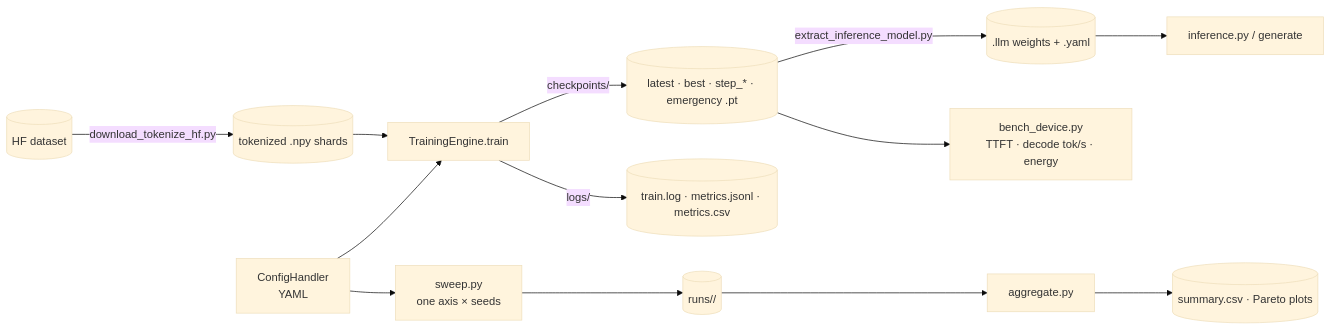
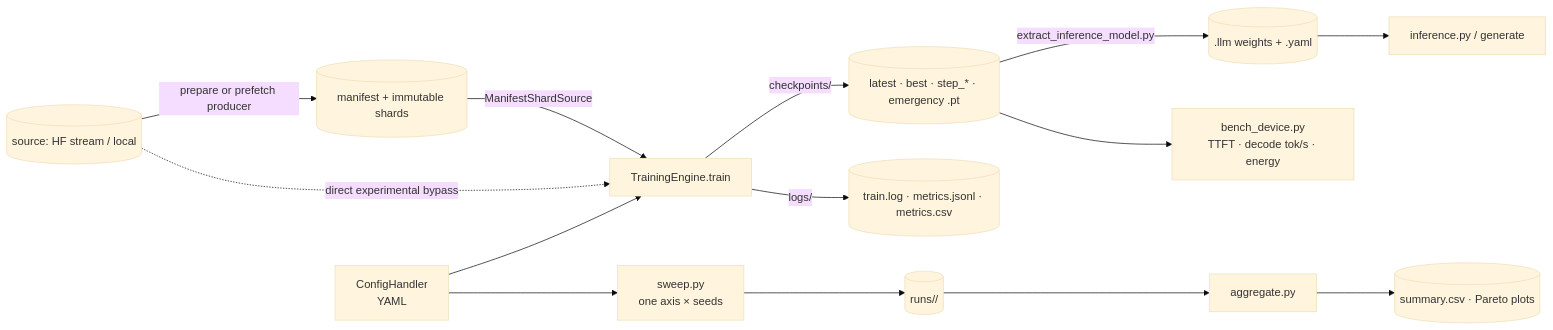
Before and after one commit to amjadmajid/llm_toaster: the first of 5 diagrams in docs/architecture.md, drawn with Mermaid (base theme). The commit also changed other lines of this file and 6 other files, not shown here.

First line of the commit message:
docs: data-pipeline guide, README/how-to-run/architecture/CLAUDE/CHANGELOG, deps

````diff
--- a/docs/architecture.md
+++ b/docs/architecture.md
@@ -134,13 +134,14 @@
 ```mermaid
 flowchart LR
-    raw[(HF dataset)] -->|download_tokenize_hf.py| shards[(tokenized .npy shards)]
-    shards --> engine
+    raw[(source: HF stream / local)] -->|prepare or prefetch producer| store[(manifest + immutable shards)]
+    store -->|ManifestShardSource| engine
+    raw -. direct experimental bypass .-> engine
     cfg[ConfigHandler<br/>YAML] --> engine[TrainingEngine.train]
     engine -->|checkpoints/| ckpt[(latest · best · step_* · emergency .pt)]
     engine -->|logs/| logs[(train.log · metrics.jsonl · metrics.csv)]
     ckpt -->|extract_inference_model.py| llm[(.llm weights + .yaml)]
     llm --> infer[inference.py / generate]
     ckpt --> bench[bench_device.py<br/>TTFT · decode tok/s · energy]
     cfg --> sweep[sweep.py<br/>one axis × seeds] --> runs[(runs/<axis=val__seed>/)]
     runs --> agg[aggregate.py] --> out[(summary.csv · Pareto plots)]
 ```
````
